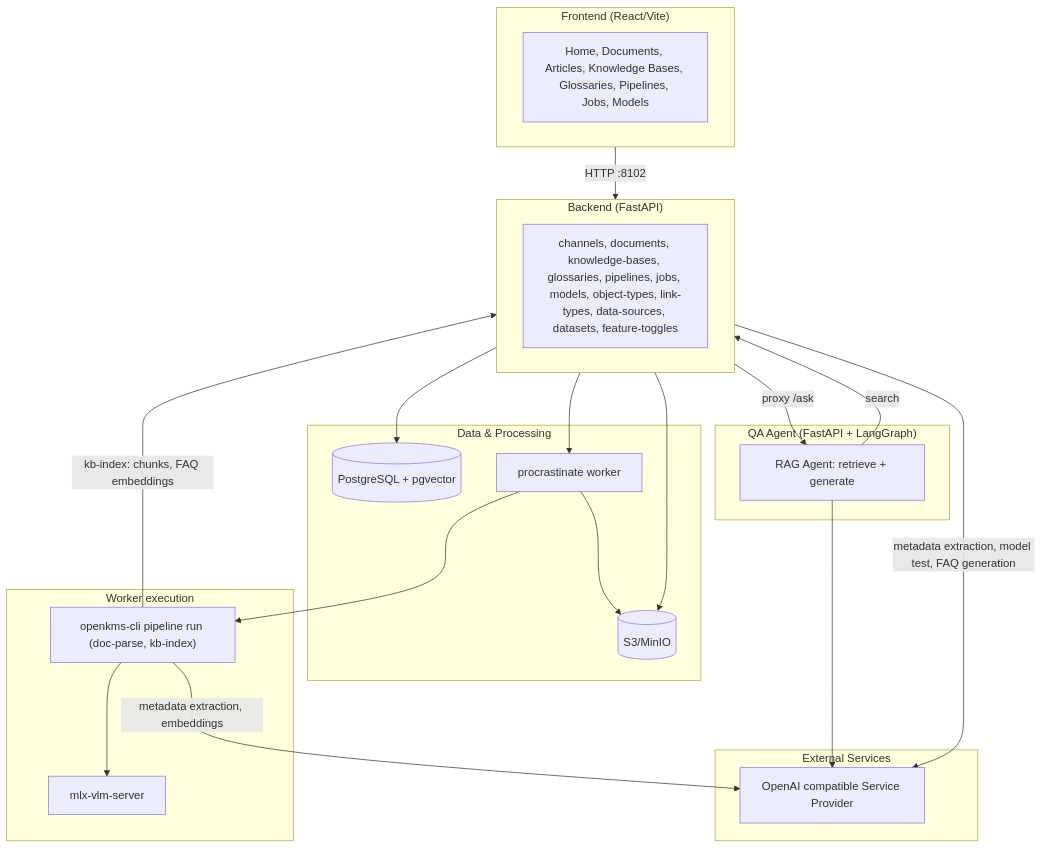
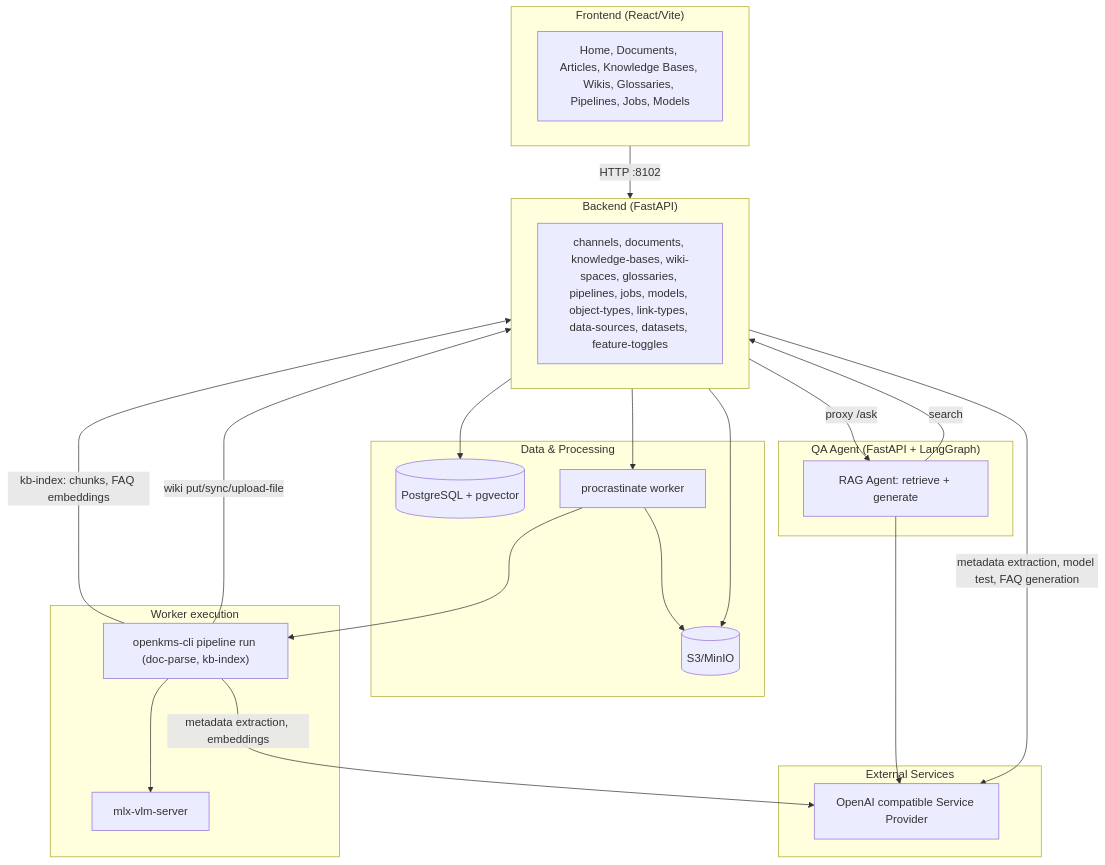
The first of 5 diagrams in docs/architecture.md (yingrui/openKMS), drawn with Mermaid before and after one commit. The commit also changed other lines of this file and 59 other files, not shown here.

First line of the commit message:
feat: wiki spaces, data resources, vault import, and scoping updates

````diff
--- a/docs/architecture.md
+++ b/docs/architecture.md
@@ -7,43 +7,44 @@
 ```mermaid
 flowchart TB
   subgraph Frontend["Frontend (React/Vite)"]
-    FE["Home, Documents, Articles, Knowledge Bases, Glossaries, Pipelines, Jobs, Models"]
+    FE["Home, Documents, Articles, Knowledge Bases, Wikis, Glossaries, Pipelines, Jobs, Models"]
   end
 
   subgraph Backend["Backend (FastAPI)"]
-    API["channels, documents, knowledge-bases, glossaries, pipelines, jobs, models, object-types, link-types, data-sources, datasets, feature-toggles"]
+    API["channels, documents, knowledge-bases, wiki-spaces, glossaries, pipelines, jobs, models, object-types, link-types, data-sources, datasets, feature-toggles"]
   end
 
   subgraph Storage["Data & Processing"]
     PG[("PostgreSQL + pgvector")]
     S3[(S3/MinIO)]
     Worker["procrastinate worker"]
   end
 
   subgraph WorkerDetail["Worker execution"]
     CLI["openkms-cli pipeline run (doc-parse, kb-index)"]
     VLM["mlx-vlm-server"]
   end
 
   subgraph QAAgent["QA Agent (FastAPI + LangGraph)"]
     Agent["RAG Agent: retrieve + generate"]
   end
 
   subgraph External["External Services"]
     LLM["OpenAI compatible Service Provider"]
   end
 
   Frontend -->|HTTP :8102| Backend
   Backend --> PG
   Backend --> S3
   Backend --> Worker
   Backend -->|metadata extraction, model test, FAQ generation| LLM
   Backend -->|proxy /ask| Agent
   Agent -->|search| Backend
   Agent --> LLM
   Worker --> S3
   Worker --> CLI
   CLI --> VLM
   CLI -->|metadata extraction, embeddings| LLM
   CLI -->|kb-index: chunks, FAQ embeddings| Backend
+  CLI -->|wiki put/sync/upload-file| Backend
 ```
````
